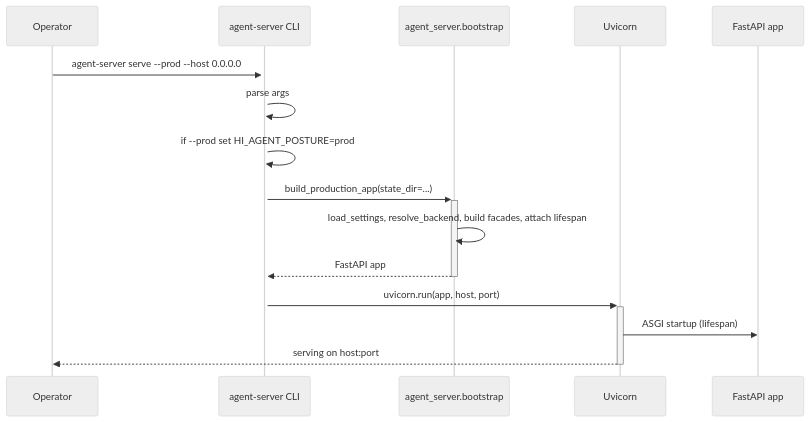
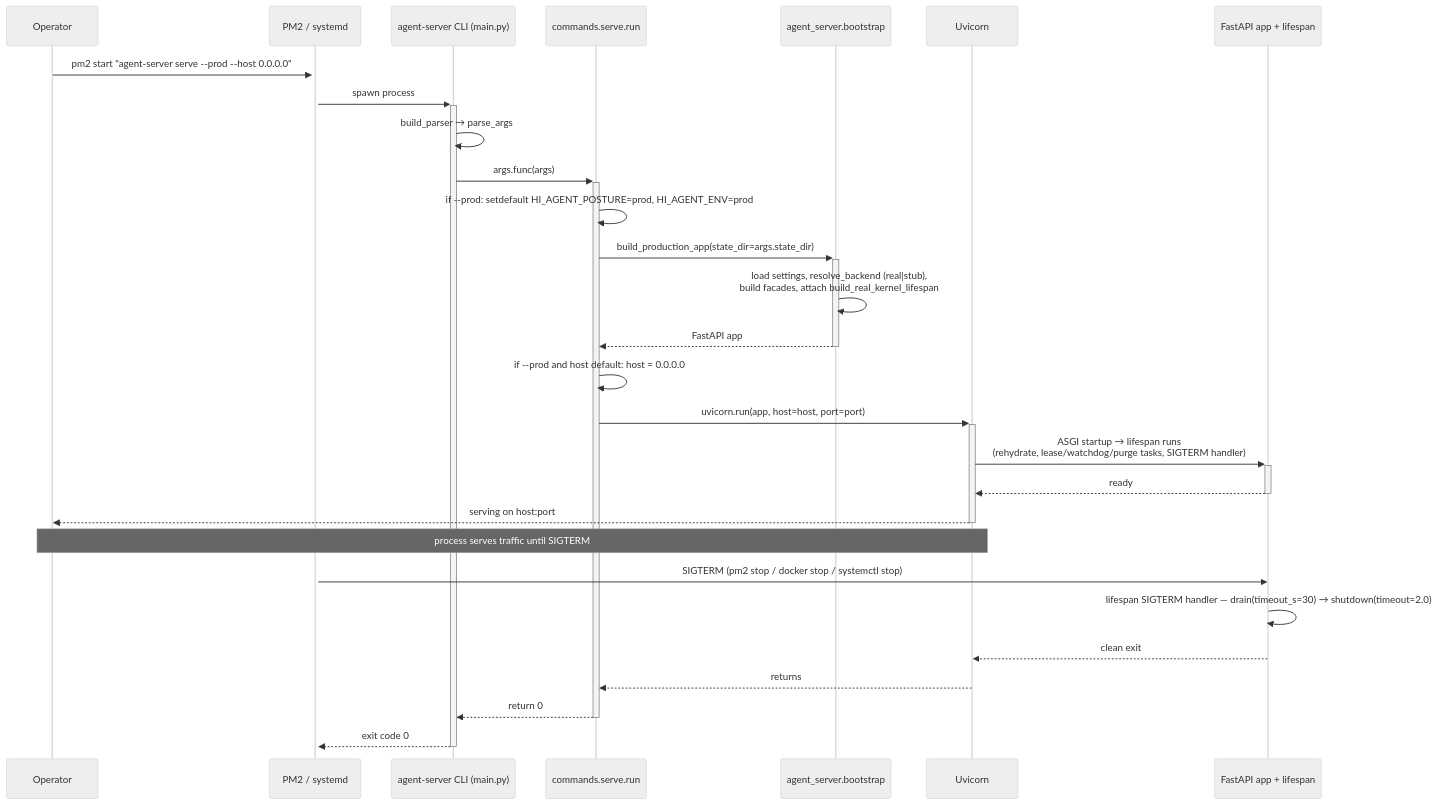
Before and after one commit to chaosxingxc-orion/hi-agent: the third of 5 diagrams in agent_server/cli/ARCHITECTURE.md, drawn with Mermaid (neutral theme). The commit also changed other lines of this file and 25 other files, not shown here.

First line of the commit message:
[W35-corrective] Refresh ARCHITECTURE.md hierarchy + add missing READMEs

````diff
--- a/agent_server/cli/ARCHITECTURE.md
+++ b/agent_server/cli/ARCHITECTURE.md
@@ -91,18 +212,31 @@
 ```mermaid
 sequenceDiagram
     participant Operator
-    participant CLI as agent-server CLI
+    participant PM2 as PM2 / systemd
+    participant CLI as agent-server CLI (main.py)
+    participant Serve as commands.serve.run
     participant Bootstrap as agent_server.bootstrap
     participant Uvicorn
-    participant App as FastAPI app
+    participant App as FastAPI app + lifespan
 
-    Operator->>+CLI: agent-server serve --prod --host 0.0.0.0
-    CLI->>CLI: parse args
-    CLI->>CLI: if --prod set HI_AGENT_POSTURE=prod
-    CLI->>+Bootstrap: build_production_app(state_dir=...)
-    Bootstrap->>Bootstrap: load_settings, resolve_backend, build facades, attach lifespan
-    Bootstrap-->>-CLI: FastAPI app
-    CLI->>+Uvicorn: uvicorn.run(app, host, port)
-    Uvicorn->>App: ASGI startup (lifespan)
+    Operator->>+PM2: pm2 start "agent-server serve --prod --host 0.0.0.0"
+    PM2->>+CLI: spawn process
+    CLI->>CLI: build_parser → parse_args
+    CLI->>+Serve: args.func(args)
+    Serve->>Serve: if --prod: setdefault HI_AGENT_POSTURE=prod, HI_AGENT_ENV=prod
+    Serve->>+Bootstrap: build_production_app(state_dir=args.state_dir)
+    Bootstrap->>Bootstrap: load settings, resolve_backend (real|stub),<br/>build facades, attach build_real_kernel_lifespan
+    Bootstrap-->>-Serve: FastAPI app
+    Serve->>Serve: if --prod and host default: host = 0.0.0.0
+    Serve->>+Uvicorn: uvicorn.run(app, host=host, port=port)
+    Uvicorn->>+App: ASGI startup → lifespan runs<br/>(rehydrate, lease/watchdog/purge tasks, SIGTERM handler)
+    App-->>-Uvicorn: ready
     Uvicorn-->>-Operator: serving on host:port
+    Note over Operator,Uvicorn: process serves traffic until SIGTERM
+    PM2->>App: SIGTERM (pm2 stop / docker stop / systemctl stop)
+    App->>App: lifespan SIGTERM handler — drain(timeout_s=30) → shutdown(timeout=2.0)
+    App-->>Uvicorn: clean exit
+    Uvicorn-->>Serve: returns
+    Serve-->>-CLI: return 0
+    CLI-->>-PM2: exit code 0
 ```
````
